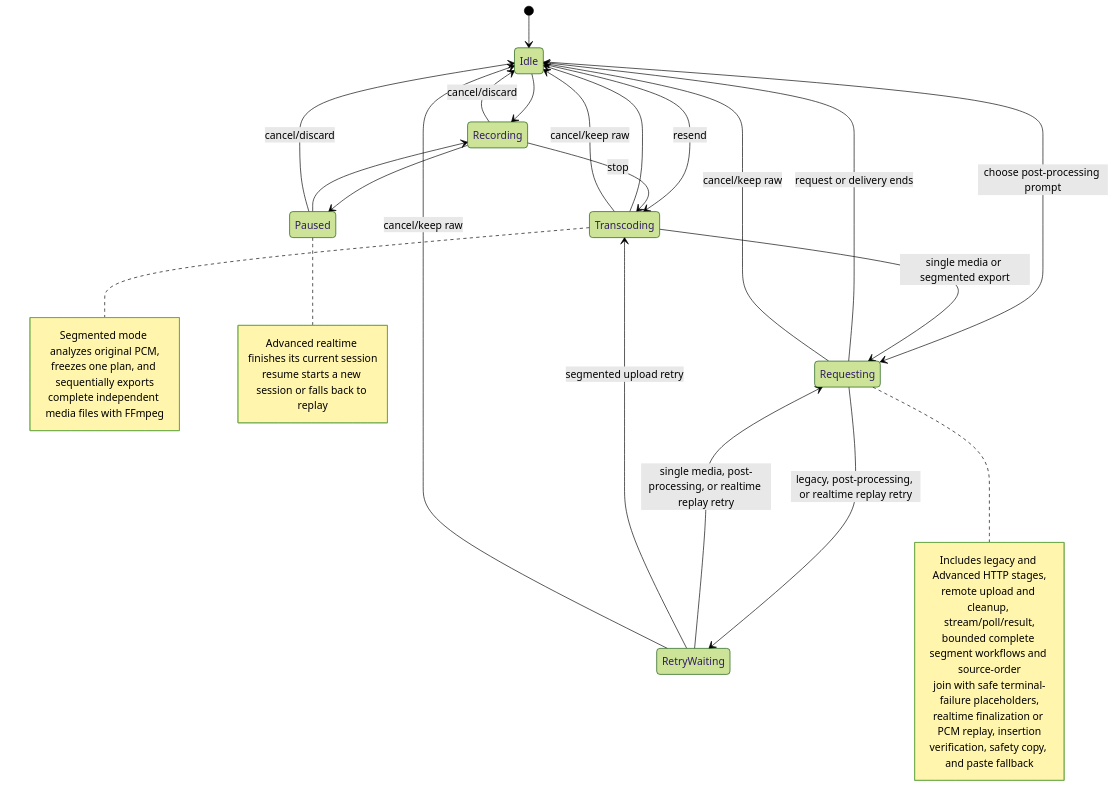
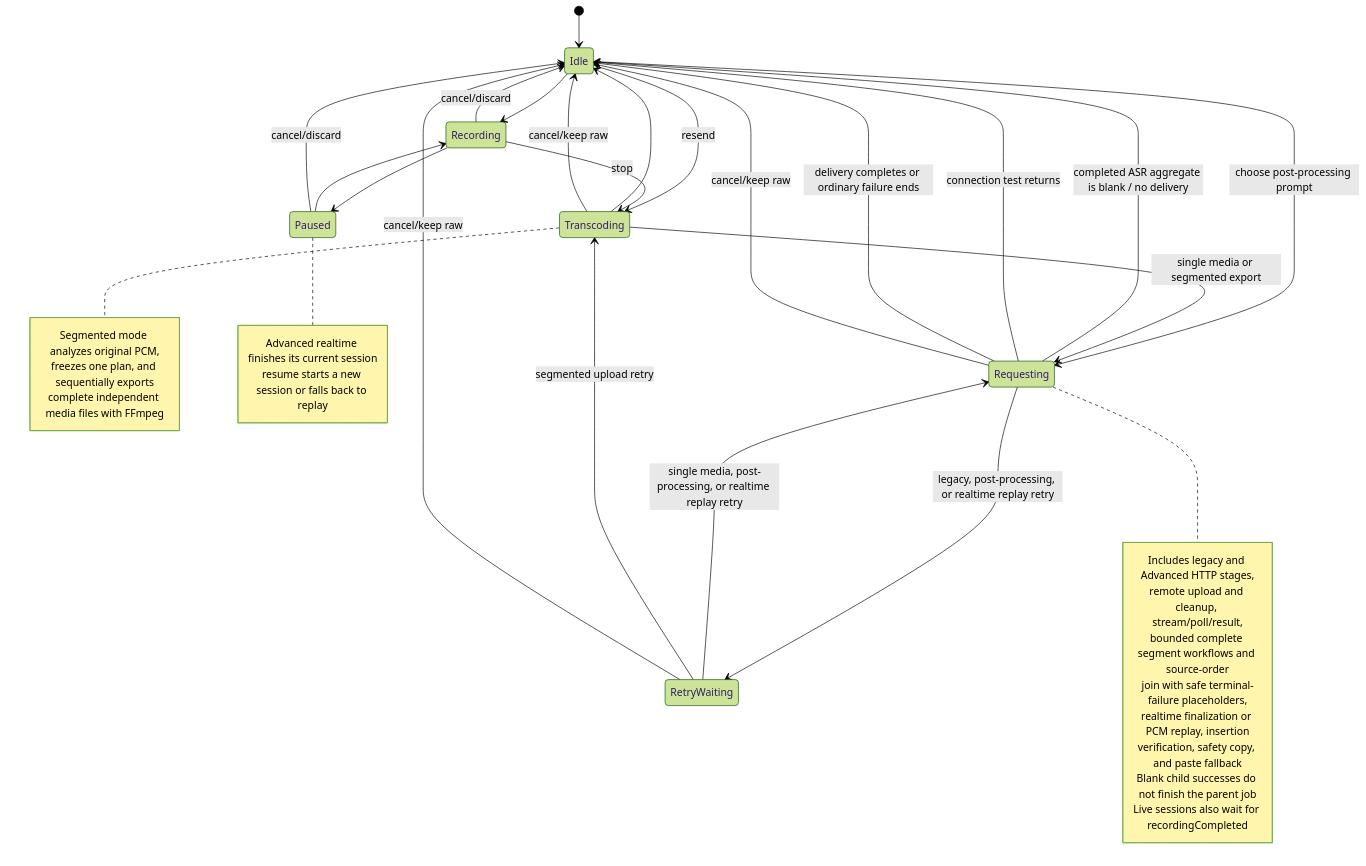
The third of 4 diagrams in AGENTS.md (Joey-Kot/Dictate-for-Android), drawn with Mermaid (forest theme) before and after one commit. The commit also changed other lines of this file and 55 other files, not shown here.

````diff
--- a/AGENTS.md
+++ b/AGENTS.md
@@ -219,38 +260,42 @@
 ```mermaid
 stateDiagram-v2
   [*] --> Idle
   Idle --> Recording
   Idle --> Transcoding: resend
   Idle --> Requesting: choose post-processing prompt
   Recording --> Paused
   Paused --> Recording
   Recording --> Transcoding: stop
   Transcoding --> Requesting: single media or segmented export
   Requesting --> RetryWaiting: legacy, post-processing, or realtime replay retry
   RetryWaiting --> Requesting: single media, post-processing, or realtime replay retry
   RetryWaiting --> Transcoding: segmented upload retry
-  Requesting --> Idle: request or delivery ends
+  Requesting --> Idle: completed ASR aggregate is blank / no delivery
+  Requesting --> Idle: connection test returns
+  Requesting --> Idle: delivery completes or ordinary failure ends
   Transcoding --> Idle
   Recording --> Idle: cancel/discard
   Paused --> Idle: cancel/discard
   Transcoding --> Idle: cancel/keep raw
   Requesting --> Idle: cancel/keep raw
   RetryWaiting --> Idle: cancel/keep raw
   note right of Requesting
     Includes legacy and Advanced HTTP stages,
     remote upload and cleanup, stream/poll/result,
     bounded complete segment workflows and source-order
     join with safe terminal-failure placeholders,
     realtime finalization or PCM replay, insertion
     verification, safety copy, and paste fallback
+    Blank child successes do not finish the parent job
+    Live sessions also wait for recordingCompleted
   end note
   note right of Transcoding
     Segmented mode analyzes original PCM,
     freezes one plan, and sequentially exports
     complete independent media files with FFmpeg
   end note
   note right of Paused
     Advanced realtime finishes its current session
     resume starts a new session or falls back to replay
   end note
 ```
````
